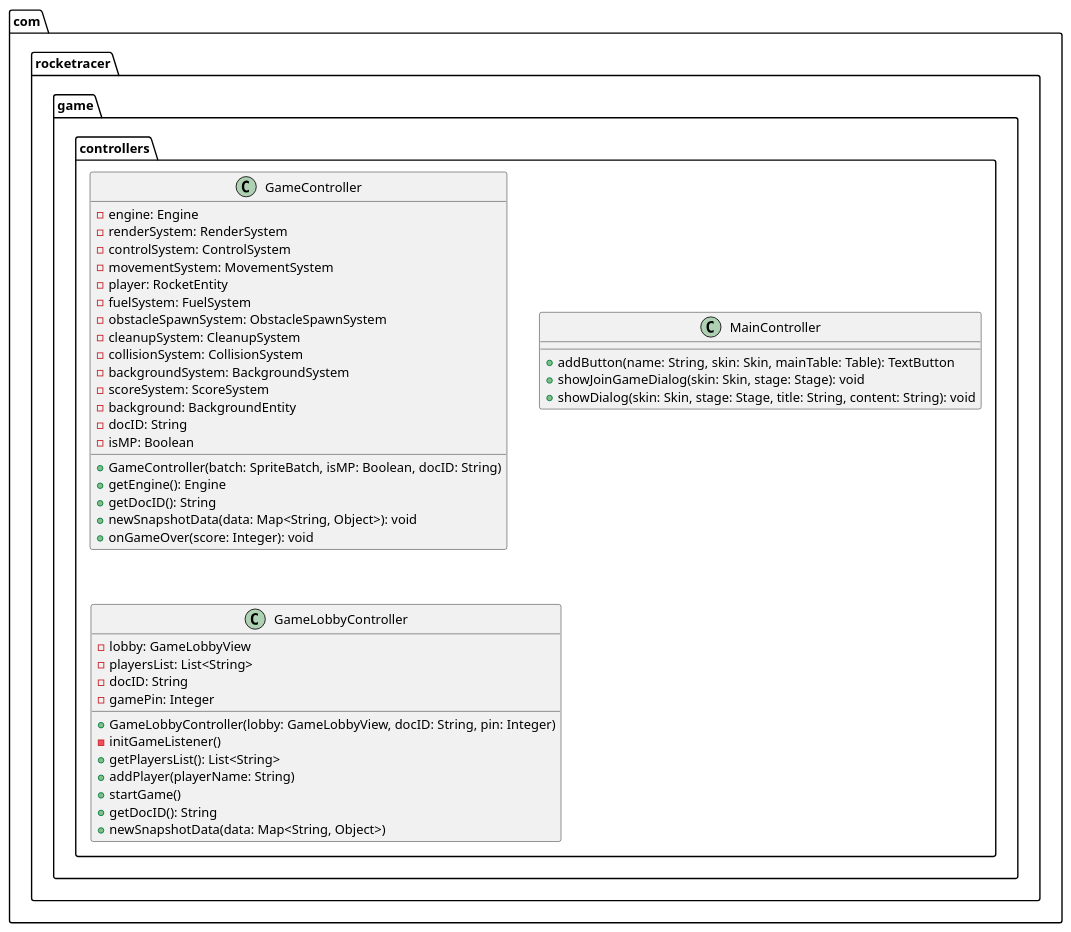
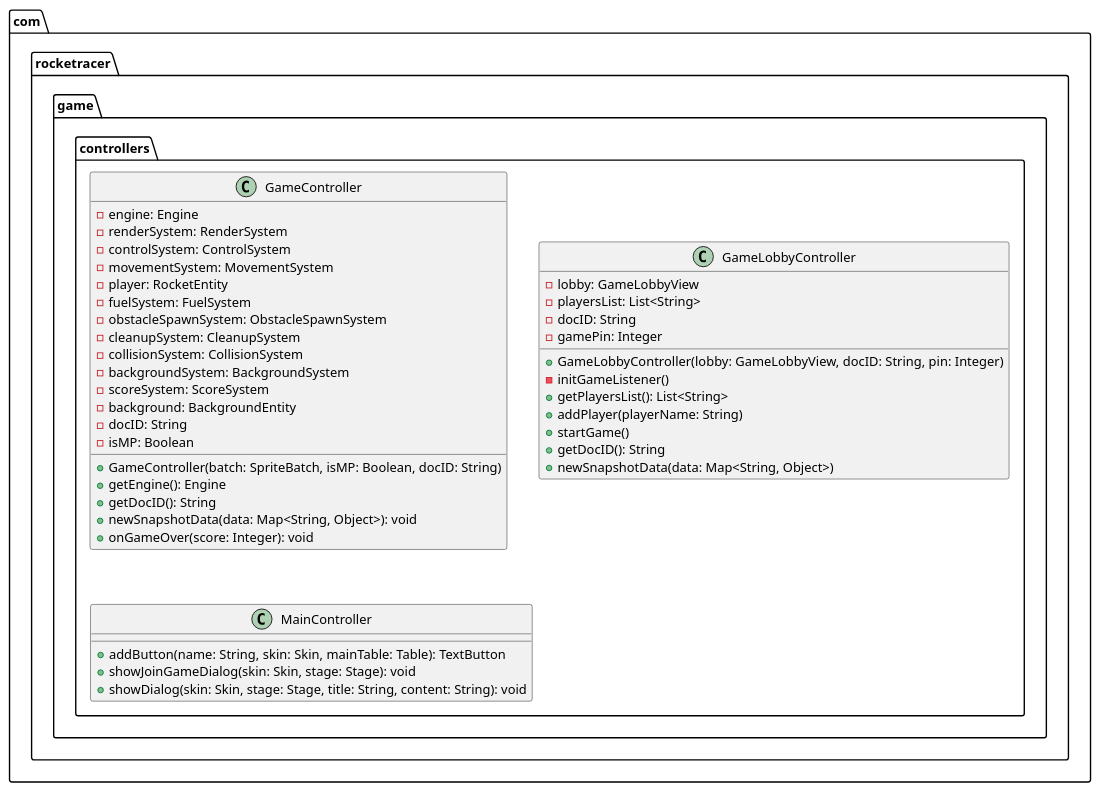
Before and after one commit to erik-tt/Rocket-Racer: the diagram in documentation/com/rocketracer/game/Controllers/Controllers.puml, drawn with PlantUML.

Commit message:
#29 perf: design change

```diff
--- a/documentation/com/rocketracer/game/Controllers/Controllers.puml
+++ b/documentation/com/rocketracer/game/Controllers/Controllers.puml
@@ -1,48 +1,48 @@
 @startuml
 package com.rocketracer.game.controllers {
     class GameController {
         - engine: Engine
         - renderSystem: RenderSystem
         - controlSystem: ControlSystem
         - movementSystem: MovementSystem
         - player: RocketEntity
         - fuelSystem: FuelSystem
         - obstacleSpawnSystem: ObstacleSpawnSystem
         - cleanupSystem: CleanupSystem
         - collisionSystem: CollisionSystem
         - backgroundSystem: BackgroundSystem
         - scoreSystem: ScoreSystem
         - background: BackgroundEntity
         - docID: String
         - isMP: Boolean
         + GameController(batch: SpriteBatch, isMP: Boolean, docID: String)
         + getEngine(): Engine
         + getDocID(): String
         + newSnapshotData(data: Map<String, Object>): void
         + onGameOver(score: Integer): void
     }
         class MainController {
             +addButton(name: String, skin: Skin, mainTable: Table): TextButton
             +showJoinGameDialog(skin: Skin, stage: Stage): void
             +showDialog(skin: Skin, stage: Stage, title: String, content: String): void
         }
         class GameLobbyController {
             -lobby: GameLobbyView
             -playersList: List<String>
             -docID: String
             -gamePin: Integer
             +GameLobbyController(lobby: GameLobbyView, docID: String, pin: Integer)
             -initGameListener()
             +getPlayersList(): List<String>
             +addPlayer(playerName: String)
             +startGame()
             +getDocID(): String
             +newSnapshotData(data: Map<String, Object>)
         }
 }
 
-
-
+GameController -[hidden]down- MainController
+GameController -[hidden]right- GameLobbyController
 
 
 @enduml
```
